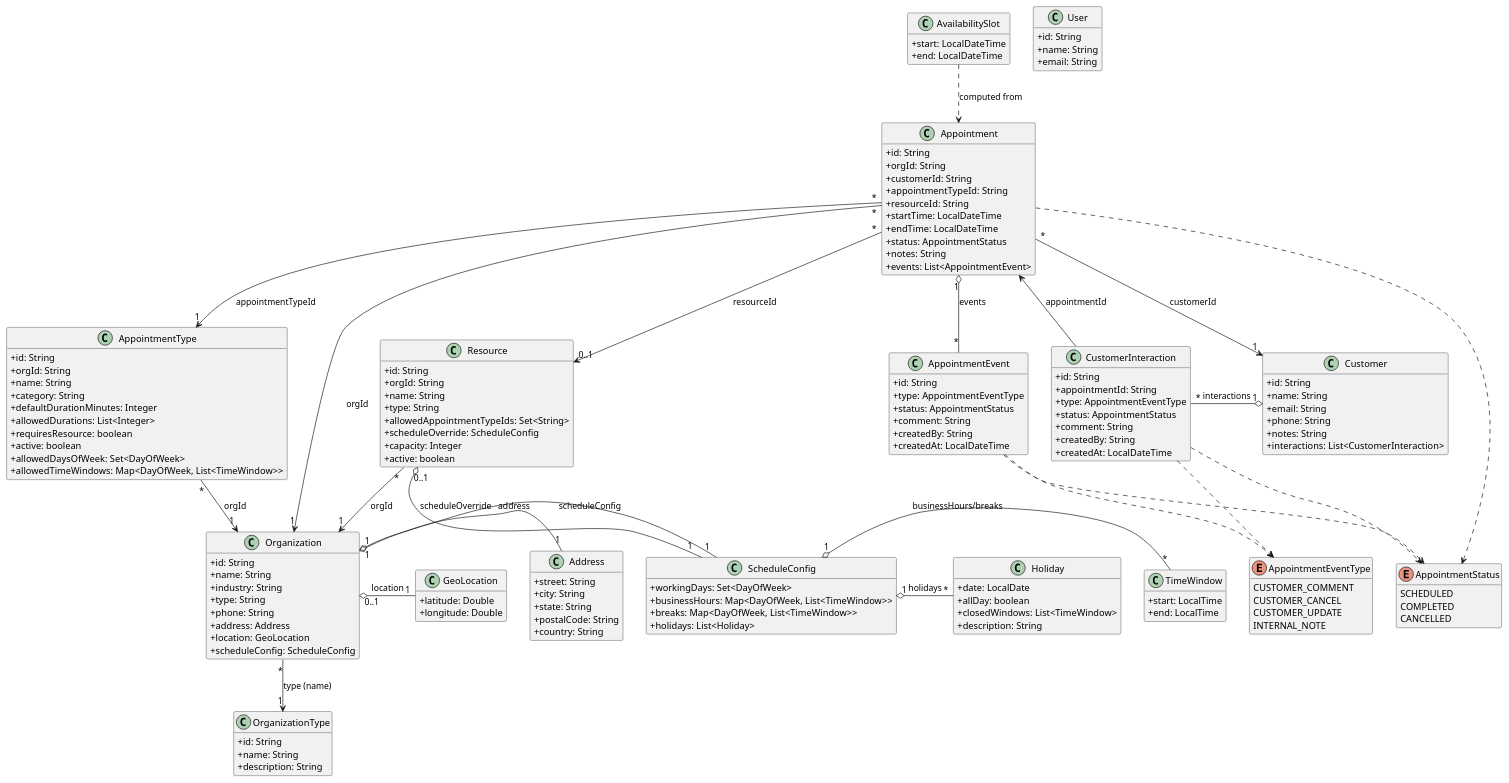
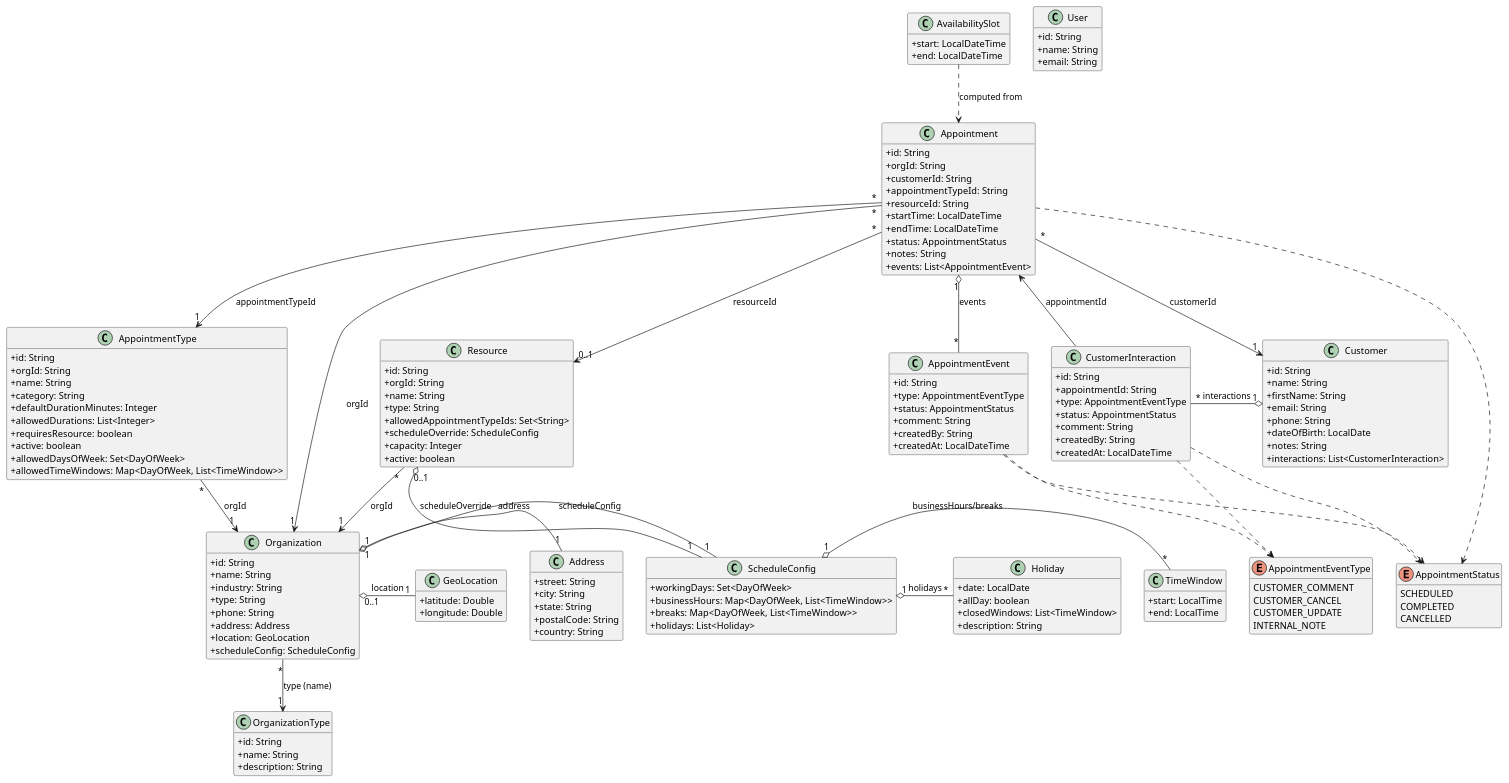
The diagram in demo/docs/models.puml (imotepe/springWebApp), drawn with PlantUML before and after one commit. The commit also changed 2 other files, not shown here.

```diff
--- a/demo/docs/models.puml
+++ b/demo/docs/models.puml
@@ -1,170 +1,172 @@
 @startuml
 hide methods
 skinparam classAttributeIconSize 0
 
 class Organization {
   +id: String
   +name: String
   +industry: String
   +type: String
   +phone: String
   +address: Address
   +location: GeoLocation
   +scheduleConfig: ScheduleConfig
 }
 
 class OrganizationType {
   +id: String
   +name: String
   +description: String
 }
 
 class Address {
   +street: String
   +city: String
   +state: String
   +postalCode: String
   +country: String
 }
 
 class GeoLocation {
   +latitude: Double
   +longitude: Double
 }
 
 class ScheduleConfig {
   +workingDays: Set<DayOfWeek>
   +businessHours: Map<DayOfWeek, List<TimeWindow>>
   +breaks: Map<DayOfWeek, List<TimeWindow>>
   +holidays: List<Holiday>
 }
 
 class TimeWindow {
   +start: LocalTime
   +end: LocalTime
 }
 
 class AppointmentType {
   +id: String
   +orgId: String
   +name: String
   +category: String
   +defaultDurationMinutes: Integer
   +allowedDurations: List<Integer>
   +requiresResource: boolean
   +active: boolean
   +allowedDaysOfWeek: Set<DayOfWeek>
   +allowedTimeWindows: Map<DayOfWeek, List<TimeWindow>>
 }
 
 class AppointmentEvent {
   +id: String
   +type: AppointmentEventType
   +status: AppointmentStatus
   +comment: String
   +createdBy: String
   +createdAt: LocalDateTime
 }
 
 enum AppointmentEventType {
   CUSTOMER_COMMENT
   CUSTOMER_CANCEL
   CUSTOMER_UPDATE
   INTERNAL_NOTE
 }
 
 class CustomerInteraction {
   +id: String
   +appointmentId: String
   +type: AppointmentEventType
   +status: AppointmentStatus
   +comment: String
   +createdBy: String
   +createdAt: LocalDateTime
 }
 
 class Resource {
   +id: String
   +orgId: String
   +name: String
   +type: String
   +allowedAppointmentTypeIds: Set<String>
   +scheduleOverride: ScheduleConfig
   +capacity: Integer
   +active: boolean
 }
 
 class Customer {
   +id: String
   +name: String
+  +firstName: String
   +email: String
   +phone: String
+  +dateOfBirth: LocalDate
   +notes: String
   +interactions: List<CustomerInteraction>
 }
 
 class User {
   +id: String
   +name: String
   +email: String
 }
 
 enum AppointmentStatus {
   SCHEDULED
   COMPLETED
   CANCELLED
 }
 
 class Appointment {
   +id: String
   +orgId: String
   +customerId: String
   +appointmentTypeId: String
   +resourceId: String
   +startTime: LocalDateTime
   +endTime: LocalDateTime
   +status: AppointmentStatus
   +notes: String
   +events: List<AppointmentEvent>
 }
 
 class AvailabilitySlot {
   +start: LocalDateTime
   +end: LocalDateTime
 }
 
 class Holiday {
   +date: LocalDate
   +allDay: boolean
   +closedWindows: List<TimeWindow>
   +description: String
 }
 
 Organization "1" o- "1" ScheduleConfig : scheduleConfig
 Resource "0..1" o- "1" ScheduleConfig : scheduleOverride
 ScheduleConfig "1" o- "*" TimeWindow : businessHours/breaks
 ScheduleConfig "1" o- "*" Holiday : holidays
 
 Organization "*" --> "1" OrganizationType : type (name)
 Organization "1" o- "1" Address : address
 Organization "0..1" o- "1" GeoLocation : location
 Appointment "*" --> "1" Organization : orgId
 Appointment "*" --> "1" Customer : customerId
 Appointment "*" --> "1" AppointmentType : appointmentTypeId
 Appointment "*" --> "0..1" Resource : resourceId
 Appointment ..> AppointmentStatus
 Appointment "1" o- "*" AppointmentEvent : events
 AppointmentEvent ..> AppointmentEventType
 AppointmentEvent ..> AppointmentStatus
 
 AppointmentType "*" --> "1" Organization : orgId
 Resource "*" --> "1" Organization : orgId
 
 AvailabilitySlot ..> Appointment : computed from
 
 Customer "1" o- "*" CustomerInteraction : interactions
 CustomerInteraction --> Appointment : appointmentId
 CustomerInteraction ..> AppointmentEventType
 CustomerInteraction ..> AppointmentStatus
 
 @enduml
```
